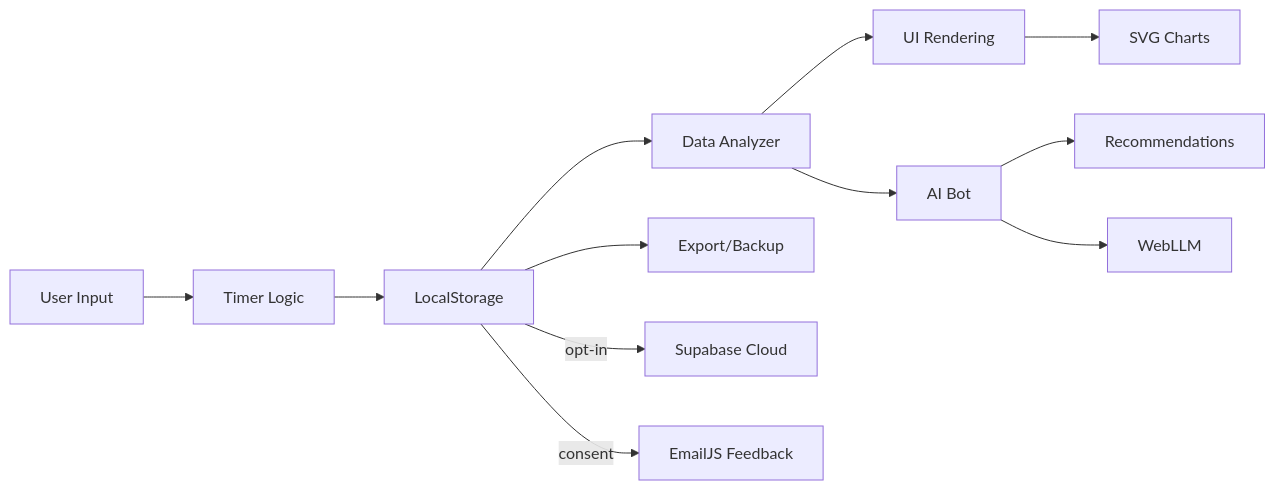
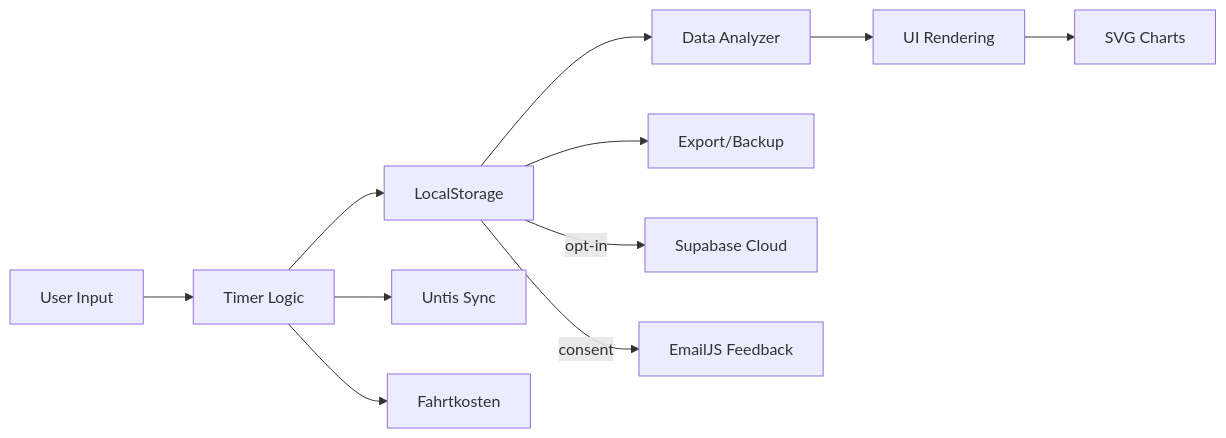
The diagram in README.md (TechNova-App-Team/MyWorkLog), drawn with Mermaid before and after one commit. The commit also changed other lines of this file and 16 other files, not shown here.

````diff
--- a/README.md
+++ b/README.md
@@ -615,14 +619,13 @@
 ```mermaid
 graph LR
     A[User Input] --> B[Timer Logic]
     B --> C[LocalStorage]
     C --> D[Data Analyzer]
     D --> E[UI Rendering]
-    D --> F[AI Bot]
-    F --> G[Recommendations]
-    F --> L[WebLLM]
     E --> H[SVG Charts]
     C --> I[Export/Backup]
     C -->|opt-in| J[Supabase Cloud]
     C -->|consent| K[EmailJS Feedback]
+    B --> M[Untis Sync]
+    B --> N[Fahrtkosten]
 ```
````
